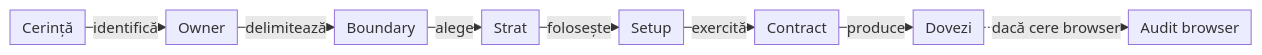
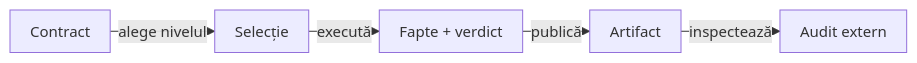
The diagram in docs/ATF_Testing_Guide.md (crististefanita/atf_j2), drawn with Mermaid before and after one commit. The commit also changed other lines of this file and 360 other files, not shown here.

````diff
--- a/docs/ATF_Testing_Guide.md
+++ b/docs/ATF_Testing_Guide.md
@@ -20,11 +19,8 @@
 ```mermaid
-%%{init: {"themeVariables":{"fontSize":"15px"},"themeCSS":".nodeLabel, .nodeLabel p { font-size: 15px !important; line-height: 1.35 !important; } .edgeLabel, .edgeLabel p { font-size: 12px !important; font-weight: 400 !important; line-height: 1.2 !important; } .edgeLabel .labelBkg, .edgeLabel p { background: transparent !important; } .edgeLabel foreignObject { transform: translateY(-18px); overflow: visible; } .node rect { rx: 6px; ry: 6px; }","flowchart":{"curve":"linear","nodeSpacing":24,"rankSpacing":16,"padding":6,"diagramPadding":20}}}%%
+%%{init: {"themeVariables":{"fontSize":"15px"},"themeCSS":".nodeLabel, .nodeLabel p { font-size: 15px !important; line-height: 1.35 !important; } .edgeLabel, .edgeLabel p { font-size: 12px !important; font-weight: 400 !important; line-height: 1.2 !important; } .edgeLabel .labelBkg, .edgeLabel p { background: transparent !important; } .edgeLabel foreignObject { transform: translateY(-18px); overflow: visible; } .node rect { rx: 6px; ry: 6px; }","flowchart":{"curve":"linear","nodeSpacing":24,"rankSpacing":16,"padding":10,"diagramPadding":16}}}%%
 flowchart LR
-    Requirement["Cerință"] -->|identifică| Owner["Owner"]
-    Owner -->|delimitează| Boundary["Boundary"]
-    Boundary -->|alege| Layer["Strat"]
-    Layer -->|folosește| Setup["Setup"]
-    Setup -->|exercită| Contract["Contract"]
-    Contract -->|produce| Evidence["Dovezi"]
-    Evidence -. dacă cere browser .-> Browser["Audit browser"]
+    Contract["Contract"] -->|alege nivelul| Selection["Selecție"]
+    Selection -->|execută| Model["Fapte + verdict"]
+    Model -->|publică| Artifact["Artifact"]
+    Artifact -->|inspectează| Audit["Audit extern"]
 ```
````
